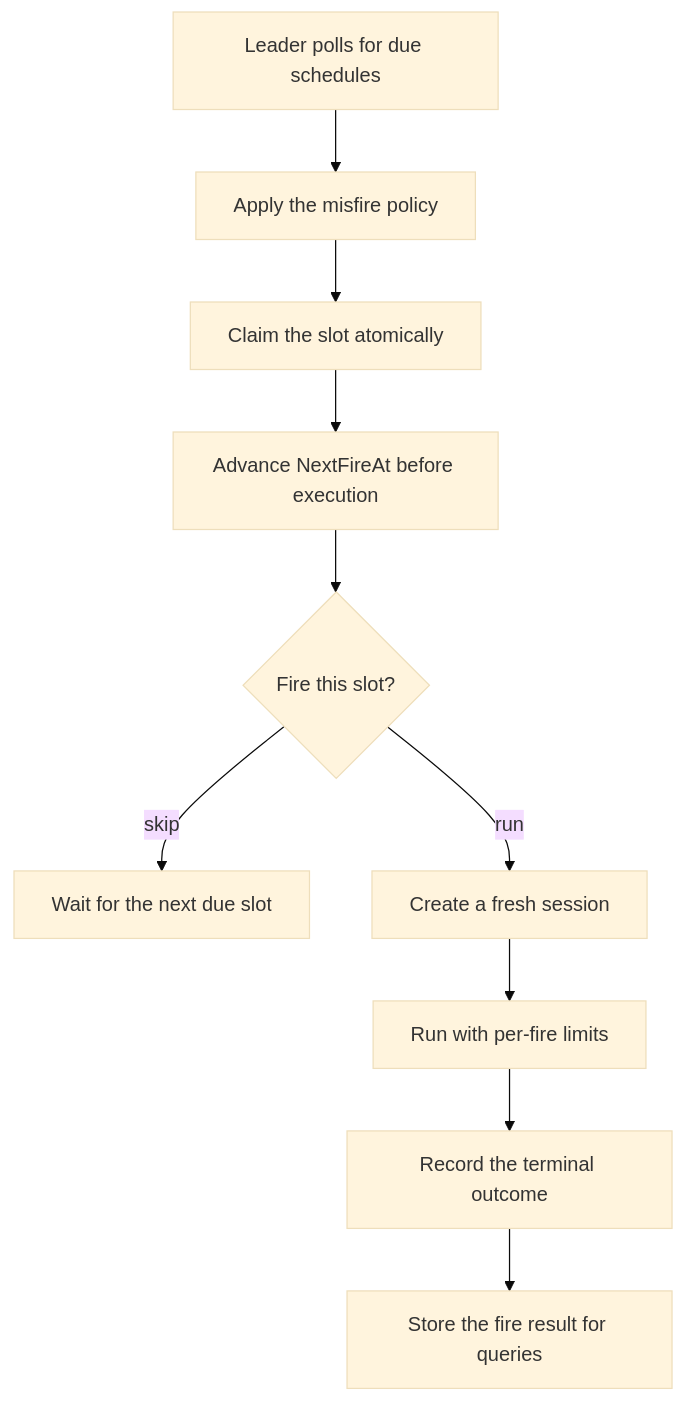
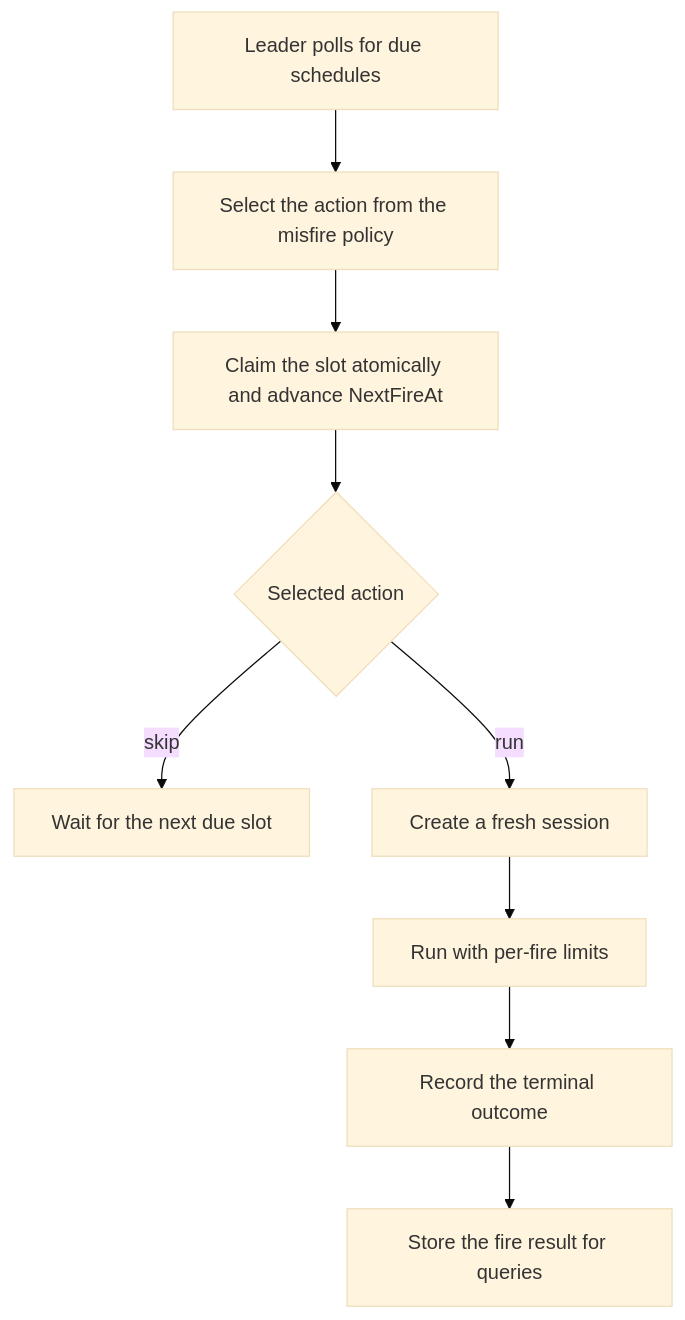
One commit to stacklok/mecatl changed the diagram in user-docs/building/what-you-get/scheduled-tasks.md. Above: the diagram before and after it, drawn with Mermaid (base theme). The commit also changed 7 other files, not shown here.

````diff
--- a/user-docs/building/what-you-get/scheduled-tasks.md
+++ b/user-docs/building/what-you-get/scheduled-tasks.md
@@ -41,12 +41,11 @@
 ```mermaid
 flowchart TD
-    A[Leader polls for due schedules] --> B[Apply the misfire policy]
-    B --> C[Claim the slot atomically]
-    C --> D[Advance NextFireAt before execution]
-    D --> E{Fire this slot?}
+    A[Leader polls for due schedules] --> B[Select the action from the misfire policy]
+    B --> C[Claim the slot atomically and advance NextFireAt]
+    C --> E{Selected action}
     E -->|skip| F[Wait for the next due slot]
     E -->|run| G[Create a fresh session]
     G --> H[Run with per-fire limits]
     H --> I[Record the terminal outcome]
     I --> J[Store the fire result for queries]
 ```
````
